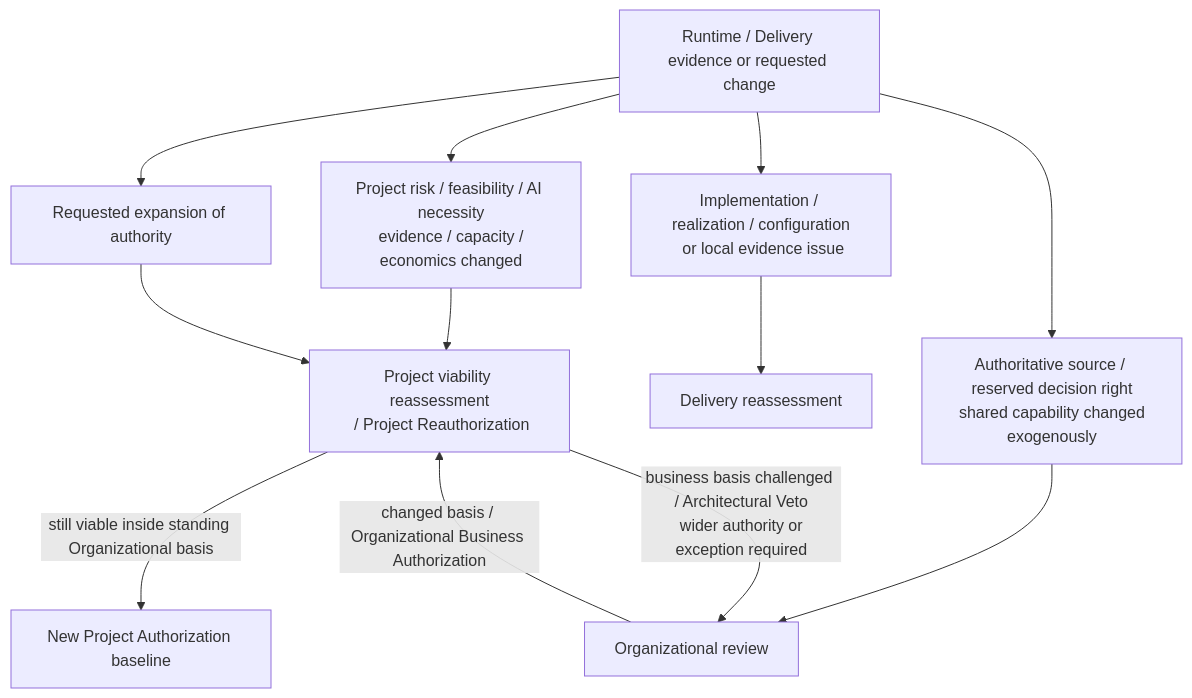
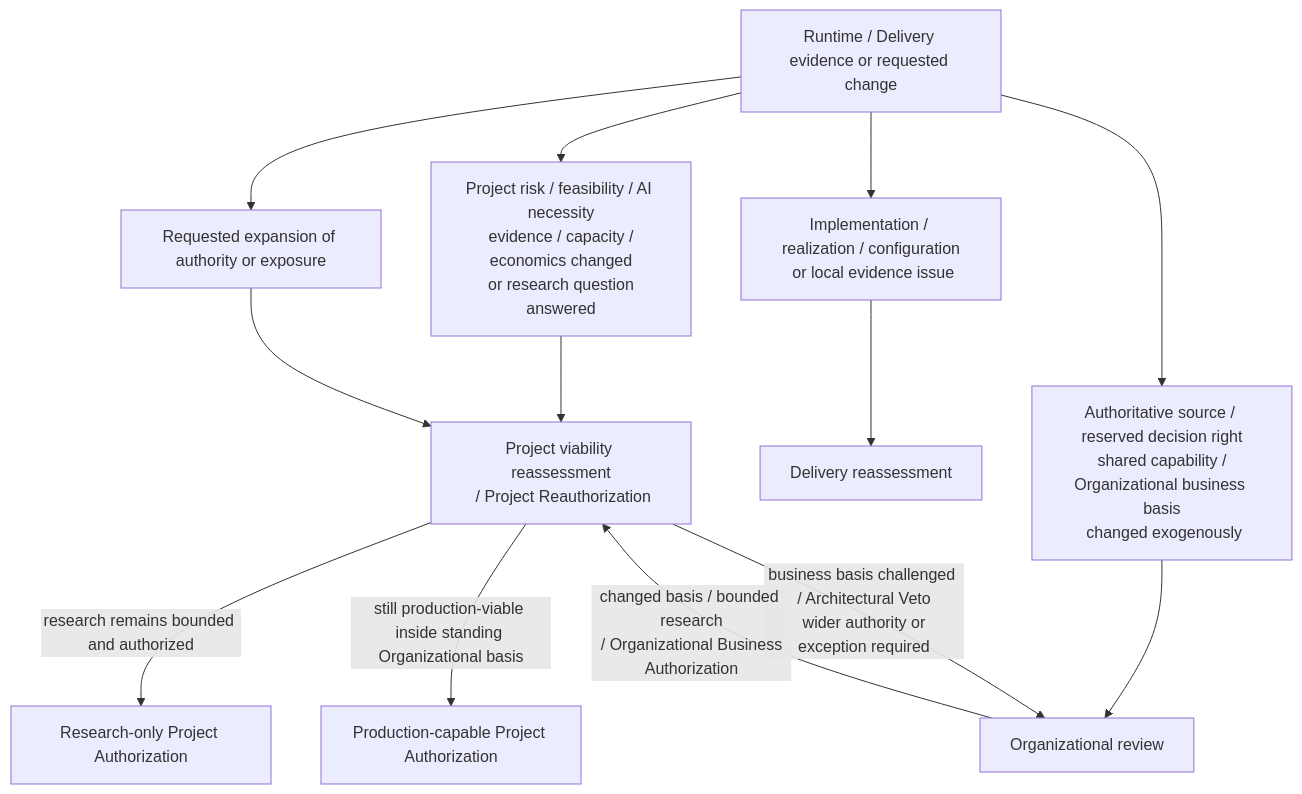
Before and after one commit to UncertaintyArchitectureGroup/uncertainty-architecture: diagram 14 of 15 in content/research/notes/open-engineering-specification-article-draft.md, drawn with Mermaid. The commit also changed other lines of this file, not shown here.

````diff
--- a/content/research/notes/open-engineering-specification-article-draft.md
+++ b/content/research/notes/open-engineering-specification-article-draft.md
@@ -823,16 +844,17 @@
 ```mermaid
 flowchart TB
     E["Runtime / Delivery evidence or requested change"]
     L["Implementation / realization / configuration<br/> or local evidence issue"]
-    P["Project risk / feasibility / AI necessity<br/> evidence / capacity / economics changed"]
-    O["Authoritative source / reserved decision right<br/> shared capability changed exogenously"]
-    X["Requested expansion of authority"]
+    P["Project risk / feasibility / AI necessity<br/> evidence / capacity / economics changed<br/> or research question answered"]
+    O["Authoritative source / reserved decision right<br/> shared capability / Organizational business basis<br/> changed exogenously"]
+    X["Requested expansion of authority or exposure"]
 
     E --> L --> D["Delivery reassessment"]
     E --> P --> PR["Project viability reassessment<br/> / Project Reauthorization"]
     E --> O --> OR["Organizational review"]
     E --> X --> PR
-    PR -->|still viable inside standing Organizational basis| PA["New Project Authorization baseline"]
+    PR -->|research remains bounded and authorized| RA["Research-only Project Authorization"]
+    PR -->|still production-viable inside standing Organizational basis| PA["Production-capable Project Authorization"]
     PR -->|business basis challenged / Architectural Veto<br/> wider authority or exception required| OR
-    OR -->|changed basis / Organizational Business Authorization| PR
+    OR -->|changed basis / bounded research<br/> / Organizational Business Authorization| PR
 ```
````
